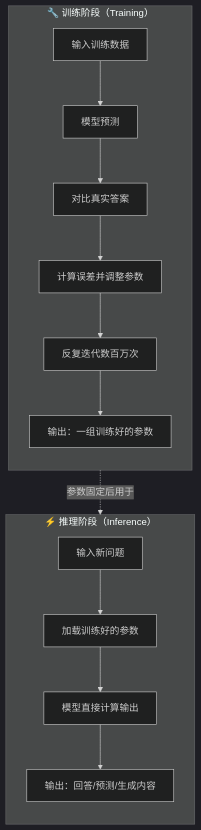
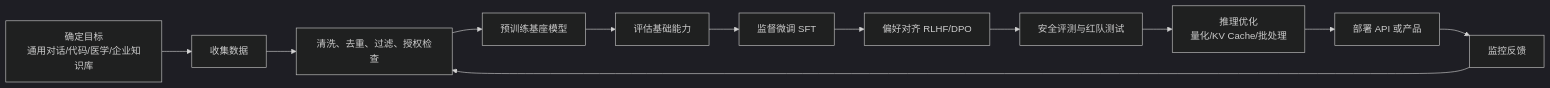
One commit to youyeyejie/Hello-AI changed the fifth of 5 diagrams in docs/basics/model-data-training.md. Above: the diagram before and after it, drawn with Mermaid (dark theme). The commit also changed other lines of this file and 1 other file, not shown here.

````diff
--- a/docs/basics/model-data-training.md
+++ b/docs/basics/model-data-training.md
@@ -101,20 +396,14 @@
 ```mermaid
-flowchart TB
-    subgraph 训练阶段["🔧 训练阶段（Training）"]
-        direction TB
-        T1[输入训练数据] --> T2[模型预测]
-        T2 --> T3[对比真实答案]
-        T3 --> T4[计算误差并调整参数]
-        T4 --> T5[反复迭代数百万次]
-        T5 --> T6[输出：一组训练好的参数]
-    end
-
-    subgraph 推理阶段["⚡ 推理阶段（Inference）"]
-        direction TB
-        I1[输入新问题] --> I2[加载训练好的参数]
-        I2 --> I3[模型直接计算输出]
-        I3 --> I4[输出：回答/预测/生成内容]
-    end
-
-    T6 -.->|参数固定后用于| I2
+flowchart LR
+    A[确定目标<br/>通用对话/代码/医学/企业知识库] --> B[收集数据]
+    B --> C[清洗、去重、过滤、授权检查]
+    C --> D[预训练基座模型]
+    D --> E[评估基础能力]
+    E --> F[监督微调 SFT]
+    F --> G[偏好对齐 RLHF/DPO]
+    G --> H[安全评测与红队测试]
+    H --> I[推理优化<br/>量化/KV Cache/批处理]
+    I --> J[部署 API 或产品]
+    J --> K[监控反馈]
+    K --> C
 ```
````
